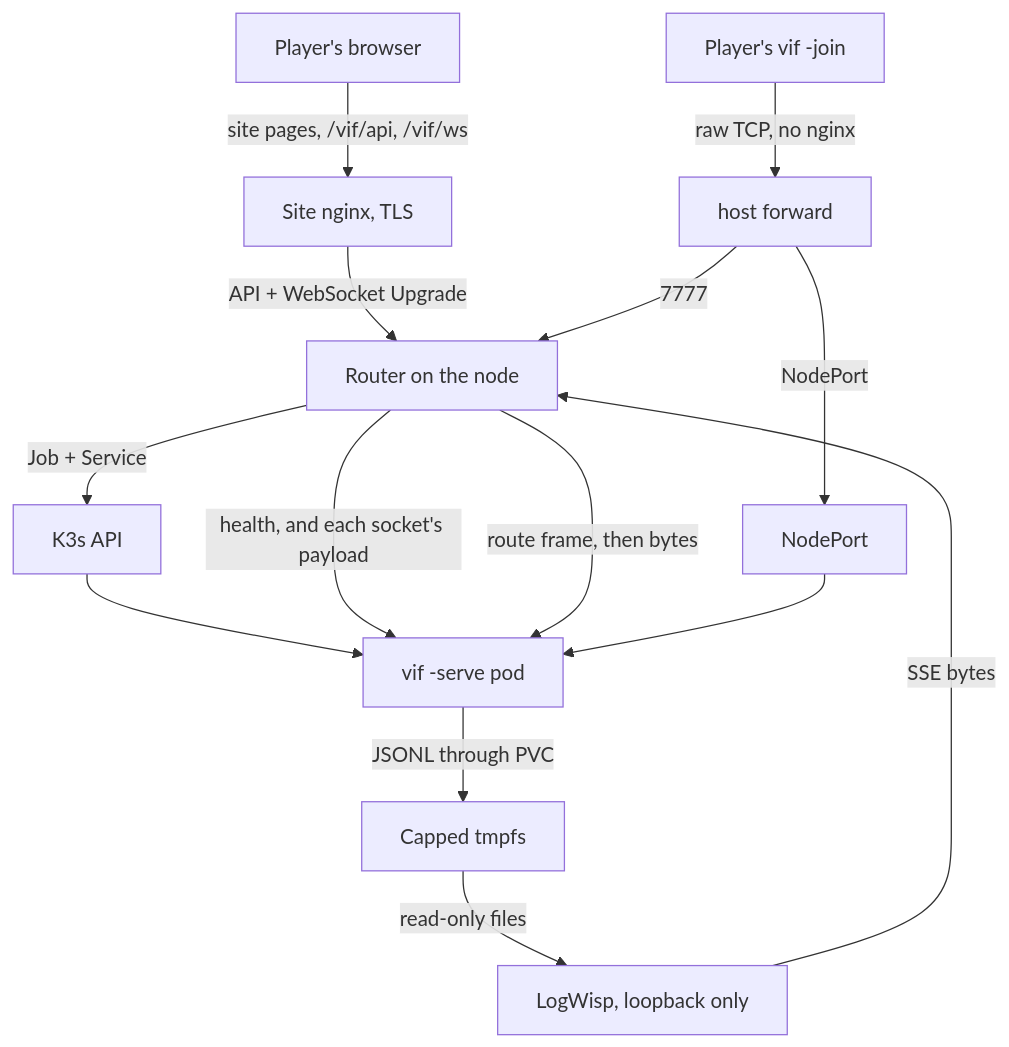
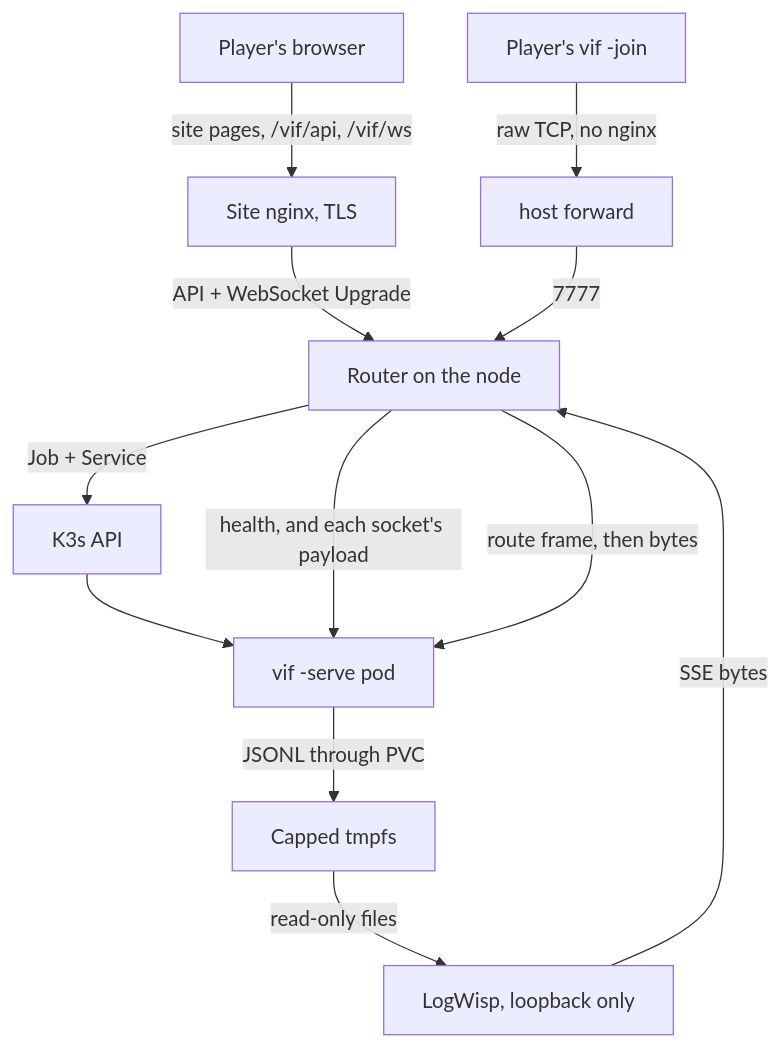
One commit to lixenwraith/vif changed the diagram in doc/kube-docker-deploy.md. Above: the diagram before and after it, drawn with Mermaid. The commit also changed other lines of this file and 27 other files, not shown here.

First line of the commit message:
fleet: drop the direct NodePort route; a session is reached only through the router (#1038)

````diff
--- a/doc/kube-docker-deploy.md
+++ b/doc/kube-docker-deploy.md
@@ -36,14 +37,13 @@
 ```mermaid
 flowchart TD
     Browser["Player's browser"] -->|"site pages, /vif/api, /vif/ws"| Site["Site nginx, TLS"]
     Site -->|"API + WebSocket Upgrade"| Alloc["Router on the node"]
     Alloc -->|"Job + Service"| API["K3s API"]
     API --> Pod["vif -serve pod"]
     Alloc -->|"health, and each socket's payload"| Pod
     Term["Player's vif -join"] -->|"raw TCP, no nginx"| Fwd["host forward"]
     Fwd -->|"7777"| Alloc -->|"route frame, then bytes"| Pod
-    Fwd -->|"NodePort"| NP["NodePort"] --> Pod
     Pod -->|"JSONL through PVC"| Log["Capped tmpfs"]
     Log -->|"read-only files"| Wisp["LogWisp, loopback only"]
     Wisp -->|"SSE bytes"| Alloc
 ```
````
